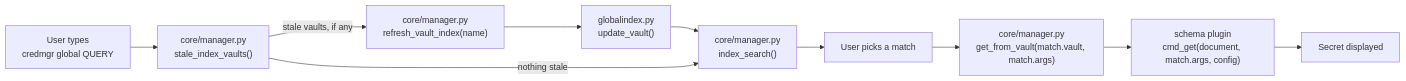
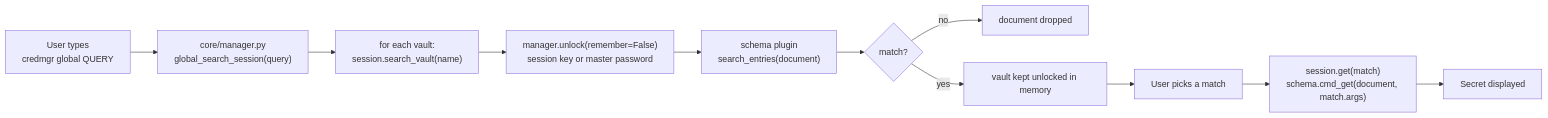
Before and after one commit to Veerabadran-M/credential-manager: the third of 3 diagrams in docs/architecture.md, drawn with Mermaid. The commit also changed other lines of this file and 25 other files, not shown here.

````diff
--- a/docs/architecture.md
+++ b/docs/architecture.md
@@ -236,12 +230,13 @@
 ```mermaid
 flowchart LR
-    A[User types<br/>credmgr global QUERY] --> B["core/manager.py<br/>stale_index_vaults()"]
-    B -->|stale vaults, if any| C["core/manager.py<br/>refresh_vault_index(name)"]
-    C --> D["globalindex.py<br/>update_vault()"]
-    D --> E["core/manager.py<br/>index_search()"]
-    B -->|nothing stale| E
-    E --> F[User picks a match]
-    F --> G["core/manager.py<br/>get_from_vault(match.vault, match.args)"]
-    G --> H["schema plugin<br/>cmd_get(document, match.args, config)"]
-    H --> I[Secret displayed]
+    A[User types<br/>credmgr global QUERY] --> B["core/manager.py<br/>global_search_session(query)"]
+    B --> C["for each vault:<br/>session.search_vault(name)"]
+    C --> D["manager.unlock(remember=False)<br/>session key or master password"]
+    D --> E["schema plugin<br/>search_entries(document)"]
+    E --> F{match?}
+    F -->|no| G[document dropped]
+    F -->|yes| H[vault kept unlocked in memory]
+    H --> I[User picks a match]
+    I --> J["session.get(match)<br/>schema.cmd_get(document, match.args)"]
+    J --> K[Secret displayed]
 ```
````
